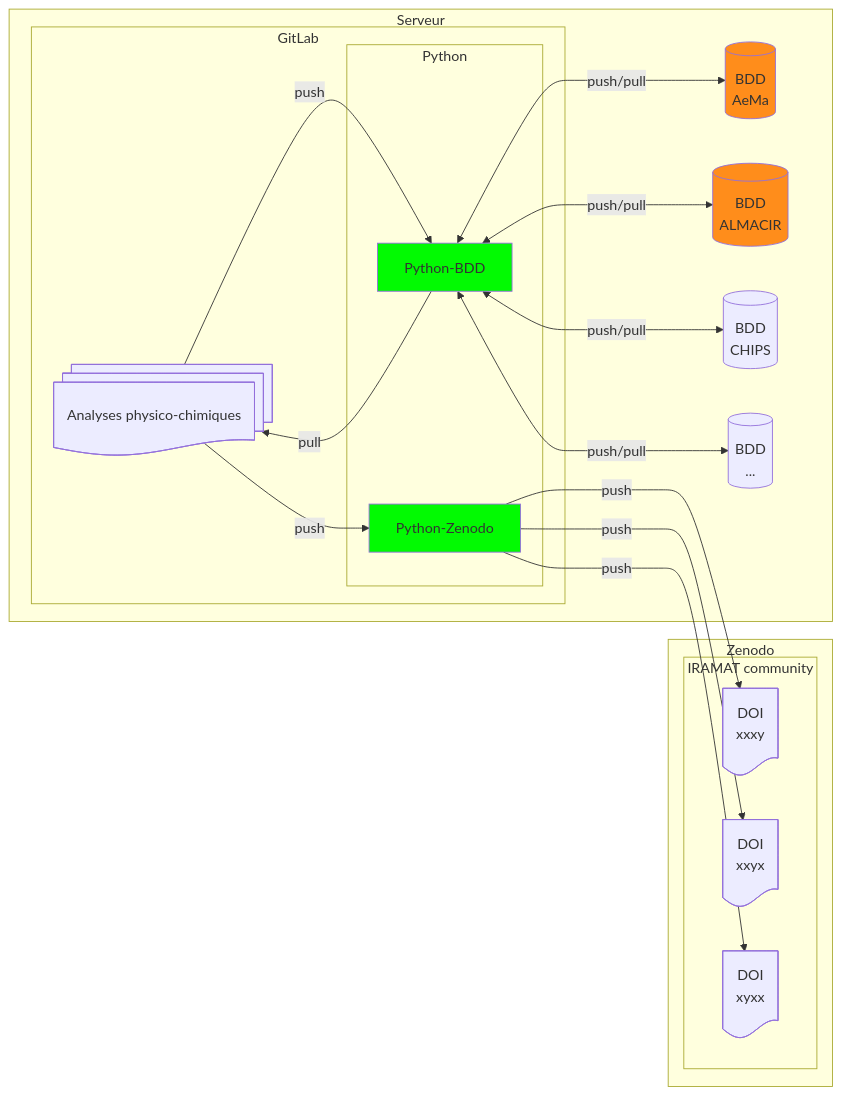
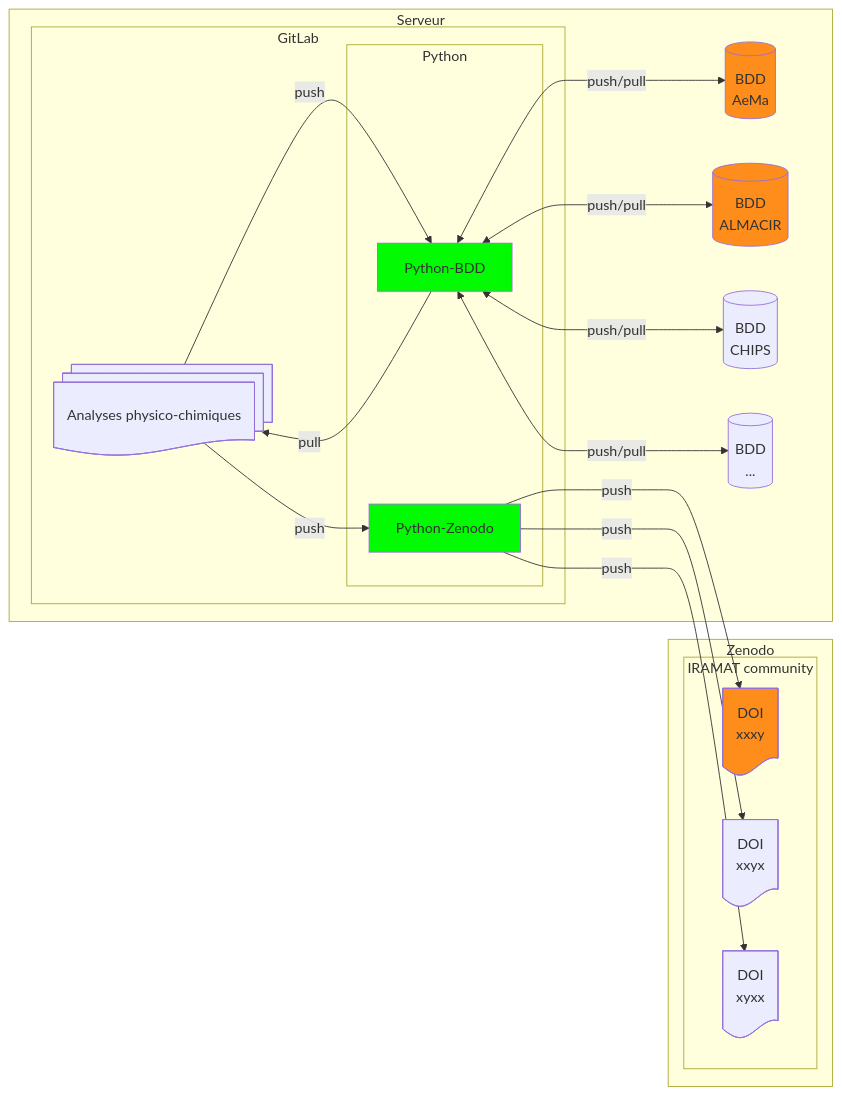
The diagram in dbs/README.md (iramat/iramat-dev), drawn with Mermaid before and after one commit. The commit also changed other lines of this file, not shown here.

````diff
--- a/dbs/README.md
+++ b/dbs/README.md
@@ -5,32 +5,33 @@
 ```mermaid
 flowchart LR
 subgraph Serveur
     subgraph GitLab
         A@{ shape: docs, label: "Analyses physico-chimiques" }
         subgraph Python
             Z@{ procs: docs, label: "Python-BDD" }
             ZZ@{ procs: docs, label: "Python-Zenodo" }
         end
     end
     Z -- pull --> A;
     A -- push --> Z;
     A -- push --> ZZ;
     Z <-- push/pull --> B[(BDD<br>AeMa)];
     Z <-- push/pull --> H[(BDD<br>ALMACIR)];
     Z <-- push/pull --> C[(BDD<br>CHIPS)];
     Z <-- push/pull --> D[(BDD<br>...)];
 end
 subgraph Zenodo
     subgraph IRAMAT community
         ZZ -- push --> E@{ shape: doc, label: "DOI<br>xxxy" }
         ZZ -- push --> F@{ shape: doc, label: "DOI<br>xxyx" }
         ZZ -- push --> G@{ shape: doc, label: "DOI<br>xyxx" }
     end
 end
 
 click A "https://github.com/zoometh/iramat-test/blob/main/dbs/analysis_results.tsv" _blank
 style Z fill:#02fa02
 style ZZ fill:#02fa02
 style B fill:#FF8D1B
 style H fill:#FF8D1B
+style E fill:#FF8D1B
 ```
````
